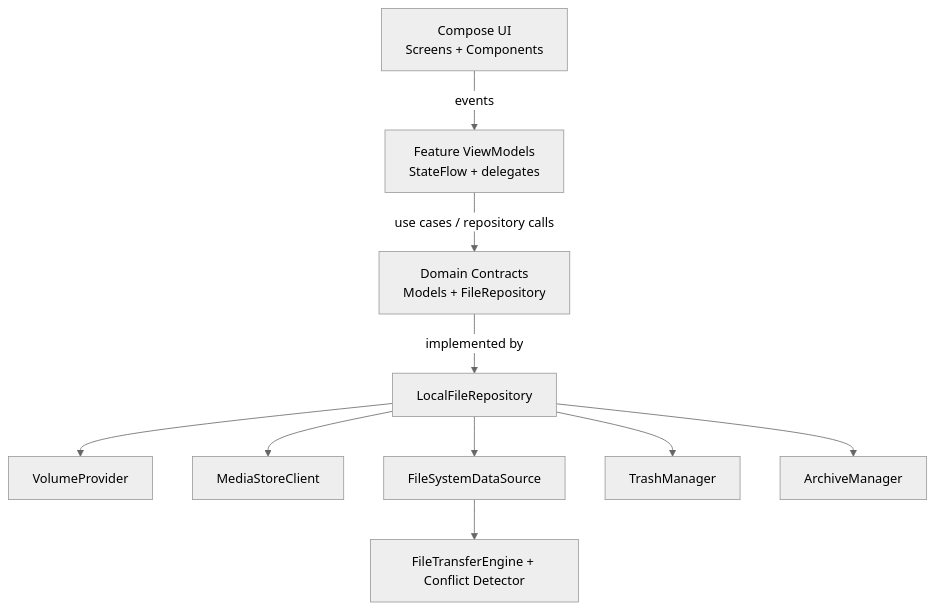
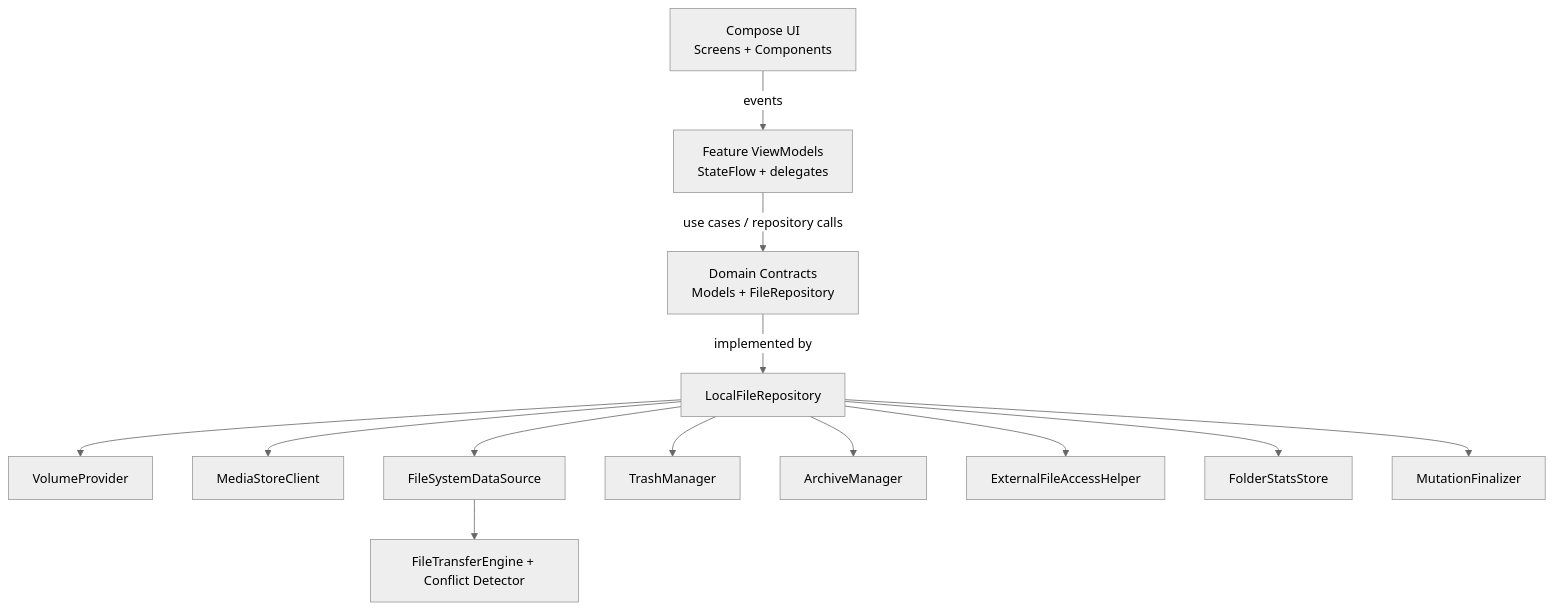
The diagram in DEVELOPMENT.md (qtremors/arcile), drawn with Mermaid (neutral theme) before and after one commit. The commit also changed other lines of this file and 37 other files, not shown here.

````diff
--- a/DEVELOPMENT.md
+++ b/DEVELOPMENT.md
@@ -39,12 +41,15 @@
 ```mermaid
 graph TD
     A["Compose UI<br/>Screens + Components"] -->|events| B["Feature ViewModels<br/>StateFlow + delegates"]
     B -->|use cases / repository calls| C["Domain Contracts<br/>Models + FileRepository"]
     C -->|implemented by| D["LocalFileRepository"]
     D --> E["VolumeProvider"]
     D --> F["MediaStoreClient"]
     D --> G["FileSystemDataSource"]
     D --> H["TrashManager"]
     D --> I["ArchiveManager"]
+    D --> K["ExternalFileAccessHelper"]
     G --> J["FileTransferEngine + Conflict Detector"]
+    D --> L["FolderStatsStore"]
+    D --> M["MutationFinalizer"]
 ```
````
